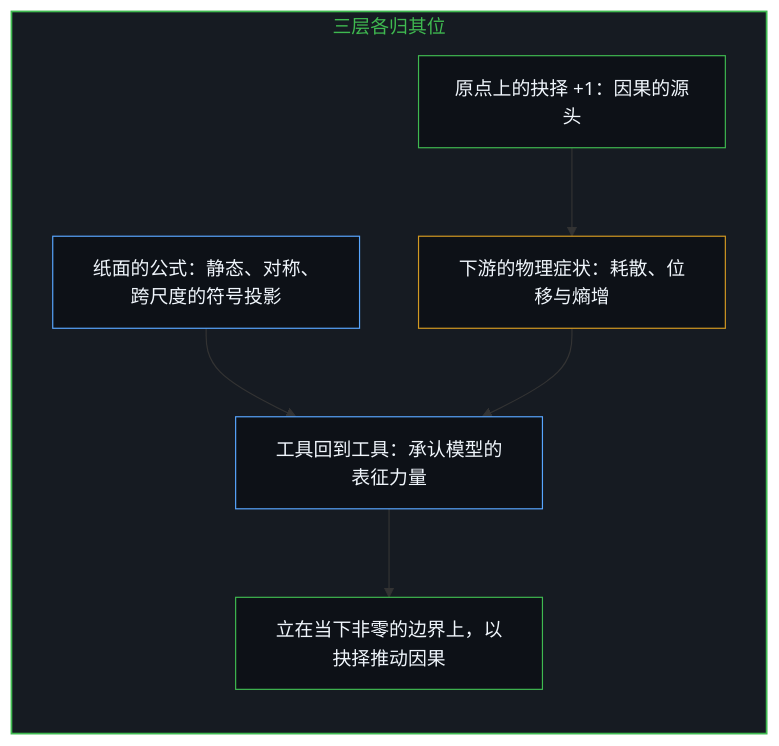
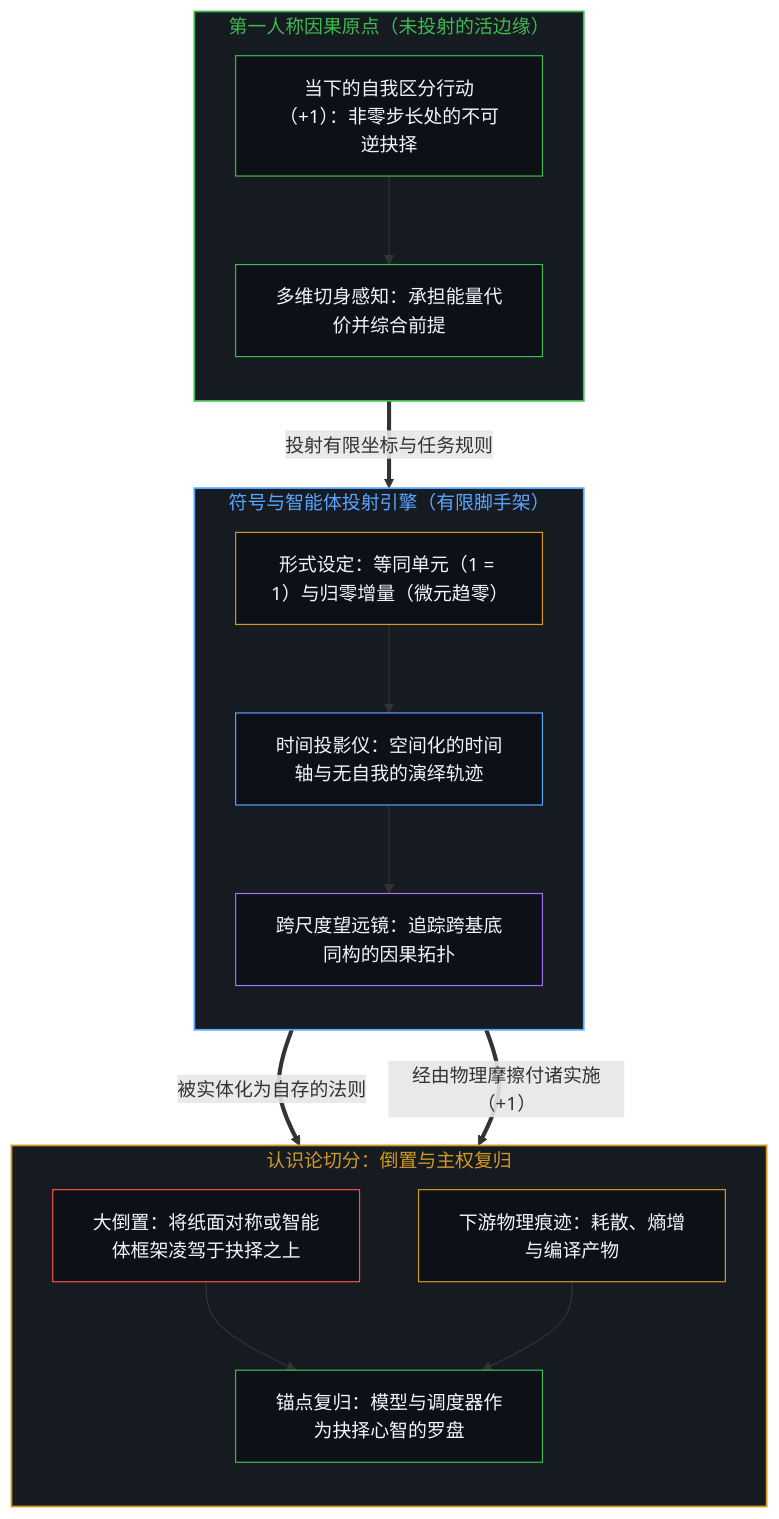
The first of 2 diagrams in content/posts/the-illusion-of-the-tool-and-the-inversion-of-time.md (powerpig99/not-a-toe), drawn with Mermaid before and after one commit. The commit also changed other lines of this file and 6 other files, not shown here.

````diff
--- a/content/posts/the-illusion-of-the-tool-and-the-inversion-of-time.md
+++ b/content/posts/the-illusion-of-the-tool-and-the-inversion-of-time.md
@@ -289,22 +55,42 @@
 ```mermaid
 flowchart TD
-    subgraph S_Return["三层各归其位"]
+    subgraph S_Origin["第一人称因果原点（未投射的活边缘）"]
         direction TB
-        Paper["纸面的公式：静态、对称、跨尺度的符号投影"]
-        Choice["原点上的抉择 +1：因果的源头"]
-        Symptom["下游的物理症状：耗散、位移与熵增"]
-        Tool["工具回到工具：承认模型的表征力量"]
-        Stand["立在当下非零的边界上，以抉择推动因果"]
-        Choice --> Symptom
-        Paper --> Tool
-        Symptom --> Tool
-        Tool --> Stand
+        Act["当下的自我区分行动（+1）：非零步长处的不可逆抉择"]
+        Intent["多维切身感知：承担能量代价并综合前提"]
+        Act --> Intent
     end
 
-    style S_Return fill:#161b22,stroke:#3fb950,stroke-width:1.5px,color:#3fb950
-    style Paper fill:#0d1117,stroke:#58a6ff,stroke-width:1px,color:#f0f6fc
-    style Choice fill:#0d1117,stroke:#3fb950,stroke-width:1px,color:#f0f6fc
+    subgraph S_Project["符号与智能体投射引擎（有限脚手架）"]
+        direction TB
+        Posits["形式设定：等同单元（1 = 1）与归零增量（微元趋零）"]
+        Axis["时间投影仪：空间化的时间轴与无自我的演绎轨迹"]
+        Scale["跨尺度望远镜：追踪跨基底同构的因果拓扑"]
+        Posits --> Axis --> Scale
+    end
+
+    subgraph S_Boundary["认识论切分：倒置与主权复归"]
+        direction TB
+        Invert["大倒置：将纸面对称或智能体框架凌驾于抉择之上"]
+        Symptom["下游物理痕迹：耗散、熵增与编译产物"]
+        Restore["锚点复归：模型与调度器作为抉择心智的罗盘"]
+        Invert --> Restore
+        Symptom --> Restore
+    end
+
+    Intent ==>|"投射有限坐标与任务规则"| Posits
+    Scale ==>|"被实体化为自存的法则"| Invert
+    Scale ==>|"经由物理摩擦付诸实施（+1）"| Symptom
+
+    style S_Origin fill:#161b22,stroke:#3fb950,stroke-width:1.5px,color:#3fb950
+    style S_Project fill:#161b22,stroke:#58a6ff,stroke-width:1.5px,color:#58a6ff
+    style S_Boundary fill:#161b22,stroke:#d29922,stroke-width:1.5px,color:#d29922
+    style Act fill:#0d1117,stroke:#3fb950,stroke-width:1px,color:#f0f6fc
+    style Intent fill:#0d1117,stroke:#3fb950,stroke-width:1px,color:#f0f6fc
+    style Posits fill:#0d1117,stroke:#d29922,stroke-width:1px,color:#f0f6fc
+    style Axis fill:#0d1117,stroke:#58a6ff,stroke-width:1px,color:#f0f6fc
+    style Scale fill:#0d1117,stroke:#a371f7,stroke-width:1px,color:#f0f6fc
+    style Invert fill:#0d1117,stroke:#f85149,stroke-width:1px,color:#f0f6fc
     style Symptom fill:#0d1117,stroke:#d29922,stroke-width:1px,color:#f0f6fc
-    style Tool fill:#0d1117,stroke:#58a6ff,stroke-width:1px,color:#f0f6fc
-    style Stand fill:#0d1117,stroke:#3fb950,stroke-width:1px,color:#f0f6fc
+    style Restore fill:#0d1117,stroke:#3fb950,stroke-width:1px,color:#f0f6fc
 ```
````
